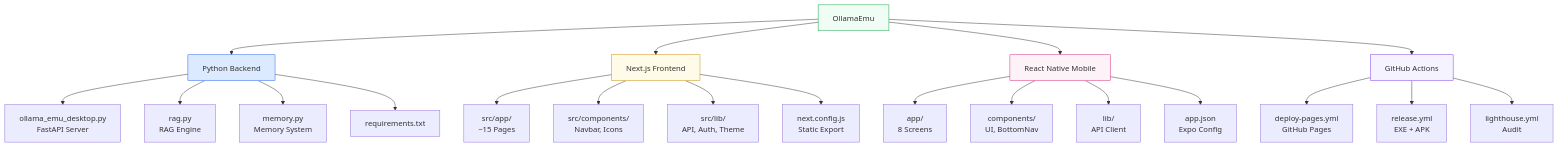
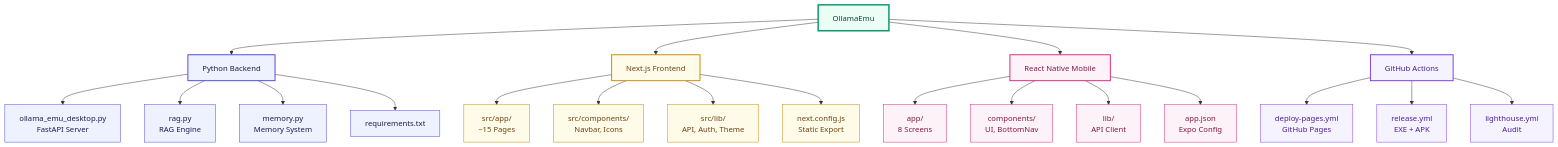
The eighth of 8 diagrams in README.md (rbkhan007/Ollama-Emulator-Desktop-Ultimate), drawn with Mermaid before and after one commit. The commit also changed other lines of this file and 2 other files, not shown here.

Commit message:
docs: professional Mermaid diagrams with consistent styling

````diff
--- a/README.md
+++ b/README.md
@@ -567,32 +662,47 @@
 ```mermaid
 graph TB
     ROOT["OllamaEmu"] --> PY["Python Backend"]
     ROOT --> FE["Next.js Frontend"]
     ROOT --> MOB["React Native Mobile"]
     ROOT --> CI["GitHub Actions"]
 
     PY --> SERVER["ollama_emu_desktop.py<br/>FastAPI Server"]
     PY --> RAG["rag.py<br/>RAG Engine"]
     PY --> MEM["memory.py<br/>Memory System"]
     PY --> REQ["requirements.txt"]
 
     FE --> APP["src/app/<br/>~15 Pages"]
     FE --> COMP["src/components/<br/>Navbar, Icons"]
     FE --> LIB["src/lib/<br/>API, Auth, Theme"]
     FE --> NC["next.config.js<br/>Static Export"]
 
     MOB --> MAPP["app/<br/>8 Screens"]
     MOB --> MCOMP["components/<br/>UI, BottomNav"]
     MOB --> MLIB["lib/<br/>API Client"]
     MOB --> MJ["app.json<br/>Expo Config"]
 
     CI --> DEPLOY["deploy-pages.yml<br/>GitHub Pages"]
     CI --> RELEASE["release.yml<br/>EXE + APK"]
     CI --> LIGHTHOUSE["lighthouse.yml<br/>Audit"]
 
-    style ROOT fill:#f0fdf4,stroke:#16a34a
-    style PY fill:#dbeafe,stroke:#2563eb
-    style FE fill:#fefce8,stroke:#ca8a04
-    style MOB fill:#fdf2f8,stroke:#db2777
-    style CI fill:#f5f3ff,stroke:#7c3aed
+    style ROOT fill:#ecfdf5,stroke:#059669,stroke-width:3px,color:#064e3b
+    style PY fill:#eef2ff,stroke:#4f46e5,stroke-width:2px,color:#1e1b4b
+    style FE fill:#fefce8,stroke:#ca8a04,stroke-width:2px,color:#713f12
+    style MOB fill:#fdf2f8,stroke:#db2777,stroke-width:2px,color:#831843
+    style CI fill:#f5f3ff,stroke:#7c3aed,stroke-width:2px,color:#4c1d95
+    style SERVER fill:#eef2ff,stroke:#4f46e5,color:#1e1b4b
+    style RAG fill:#eef2ff,stroke:#4f46e5,color:#1e1b4b
+    style MEM fill:#eef2ff,stroke:#4f46e5,color:#1e1b4b
+    style REQ fill:#eef2ff,stroke:#4f46e5,color:#1e1b4b
+    style APP fill:#fefce8,stroke:#ca8a04,color:#713f12
+    style COMP fill:#fefce8,stroke:#ca8a04,color:#713f12
+    style LIB fill:#fefce8,stroke:#ca8a04,color:#713f12
+    style NC fill:#fefce8,stroke:#ca8a04,color:#713f12
+    style MAPP fill:#fdf2f8,stroke:#db2777,color:#831843
+    style MCOMP fill:#fdf2f8,stroke:#db2777,color:#831843
+    style MLIB fill:#fdf2f8,stroke:#db2777,color:#831843
+    style MJ fill:#fdf2f8,stroke:#db2777,color:#831843
+    style DEPLOY fill:#f5f3ff,stroke:#7c3aed,color:#4c1d95
+    style RELEASE fill:#f5f3ff,stroke:#7c3aed,color:#4c1d95
+    style LIGHTHOUSE fill:#f5f3ff,stroke:#7c3aed,color:#4c1d95
 ```
````
